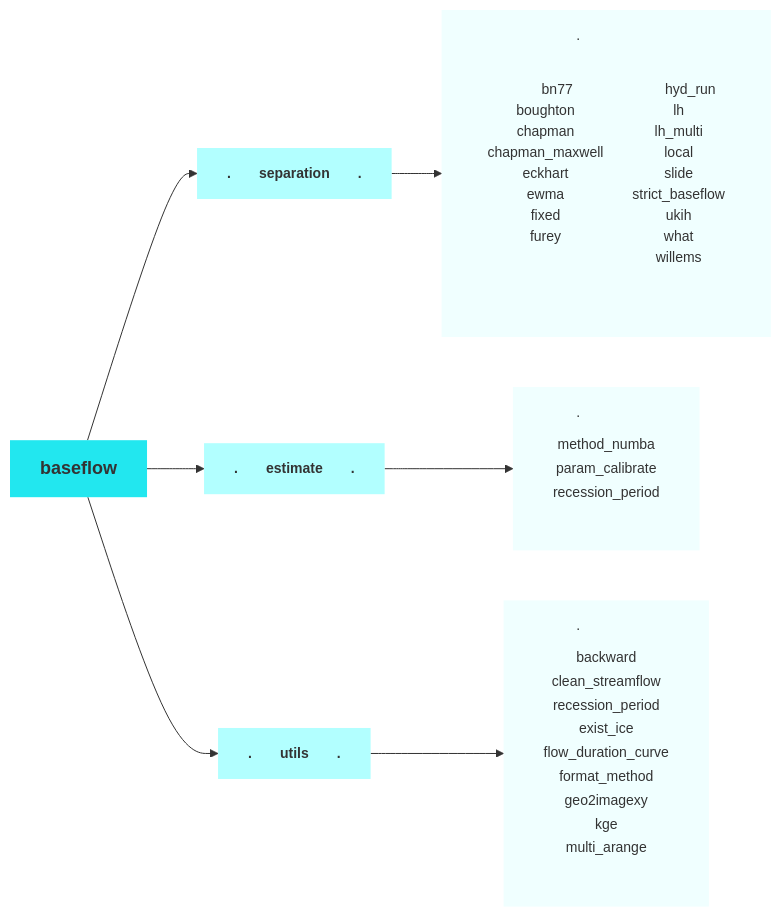
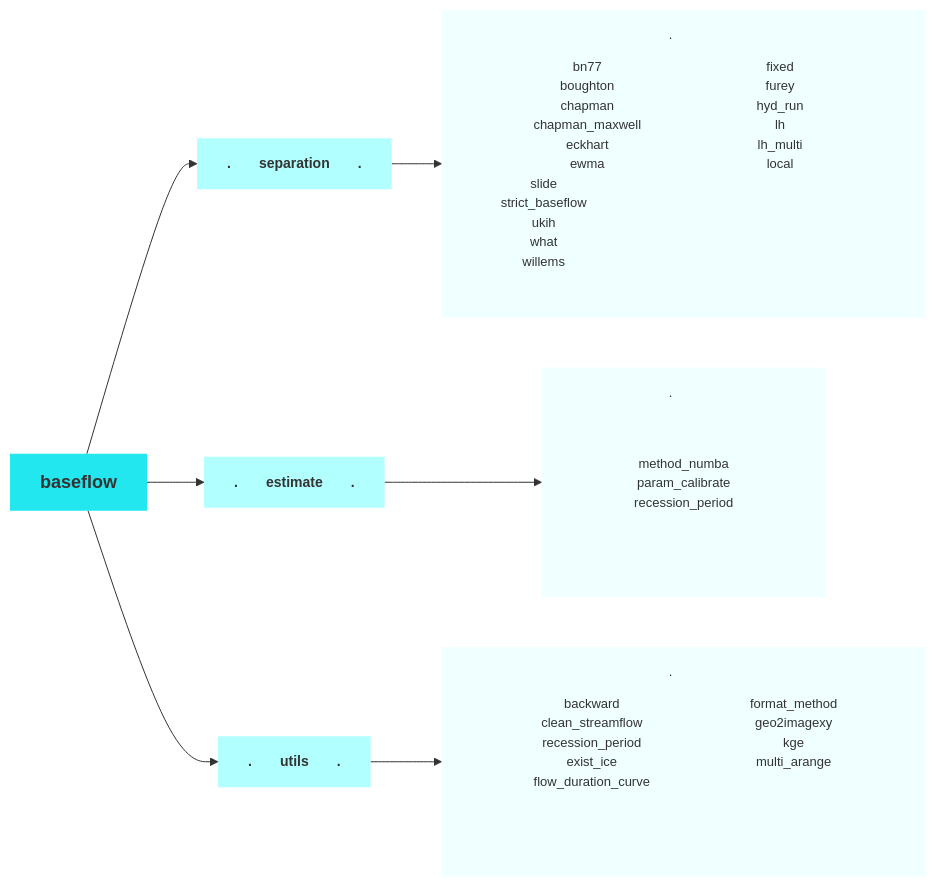
One commit to BYU-Hydroinformatics/baseflow changed the diagram in docs/index.md. Above: the diagram before and after it, drawn with Mermaid.

Commit message:
adjust font size in the diagram

````diff
--- a/docs/index.md
+++ b/docs/index.md
@@ -50,50 +50,50 @@
 ```mermaid
 %%{init: {
   'theme': 'base', 
   'themeVariables': { 
     'fontSize': '14px',
     'fontFamily': 'Arial'
   },
   'flowchart': {
-    'nodeSpacing': 20,
-    'rankSpacing': 35,
+    'nodeSpacing': 30,
+    'rankSpacing': 40,
     'curve': 'basis'
   }
   "flowchart": {"htmlLabels": true}
 }}%%
 graph LR
     %% Define styles
     classDef default fill:#22E7EF,stroke:#333,stroke-width:0px;
     classDef secondLevel fill:#B2FFFF,stroke:#333,stroke-width:0px,font-size:14px;
-    classDef thirdLevel fill:#F0FFFF,stroke:#333,stroke-width:0px,font-size:14px;
+    classDef thirdLevel fill:#F0FFFF,stroke:#333,stroke-width:0px,font-size:13px;
 
     A[baseflow]:::default
     B[.&emsp;&emsp;separation&emsp;&emsp;.]:::secondLevel
     C[.&emsp;&emsp;estimate&emsp;&emsp;.]:::secondLevel
     D[.&emsp;&emsp;utils&emsp;&emsp;.]:::secondLevel
 
     A --> B
     A --> C
     A --> D
 
-    B --> NewLines1[".&emsp;&emsp;&emsp;&emsp;<div style='line-height: 1.5; padding: 12px; display: flex;'>
-    <div style='margin-right: 25px;'>
-      bn77<br/>boughton<br/>chapman<br/>chapman_maxwell<br/>eckhart<br/>ewma<br/>fixed<br/>furey
-    </div>
-    <div>
-      hyd_run<br/>lh<br/>lh_multi<br/>local<br/>slide<br/>strict_baseflow<br/>ukih<br/>what<br/>willems
-    </div>
-    </div>&emsp;&emsp;&emsp;&emsp;"]:::thirdLevel
+    B --> NewLines1[".&emsp;&emsp;<div style='line-height: 1.5; padding: 12px; display: flex; flex-wrap: wrap; justify-content: space-between; width: 400px;'>
+    <div style='flex: 0 0 30%;'>bn77<br/>boughton<br/>chapman<br/>chapman_maxwell<br/>eckhart<br/>ewma</div>
+    <div style='flex: 0 0 30%;'>fixed<br/>furey<br/>hyd_run<br/>lh<br/>lh_multi<br/>local</div>
+    <div style='flex: 0 0 30%;'>slide<br/>strict_baseflow<br/>ukih<br/>what<br/>willems</div>
+    </div>&emsp;&emsp;"]:::thirdLevel
 
-    NewLines2[".&emsp;&emsp;&emsp;&emsp;<div style='line-height: 1.7; padding: 10px;'>method_numba<br/>param_calibrate<br/>recession_period</div>&emsp;&emsp;&emsp;&emsp;"]:::thirdLevel
-    C --> NewLines2
+    C --> NewLines2[".&emsp;&emsp;<div style='line-height: 1.5; padding: 12px; display: flex; flex-wrap: wrap; justify-content: space-between; width: 200px;'>
+    <div style='flex: 0 0 100%;'>method_numba<br/>param_calibrate<br/>recession_period</div>
+    </div>&emsp;&emsp;"]:::thirdLevel
     
-    NewLines3[".&emsp;&emsp;&emsp;&emsp;<div style='line-height: 1.7; padding: 10px;'>backward<br/>clean_streamflow<br/>recession_period<br/>exist_ice<br/>flow_duration_curve<br/>format_method<br/>geo2imagexy<br/>kge<br/>multi_arange</div>&emsp;&emsp;&emsp;&emsp;"]:::thirdLevel
-    D --> NewLines3
+    D --> NewLines3[".&emsp;&emsp;<div style='line-height: 1.5; padding: 12px; display: flex; flex-wrap: wrap; justify-content: space-between; width: 400px;'>
+    <div style='flex: 0 0 45%;'>backward<br/>clean_streamflow<br/>recession_period<br/>exist_ice<br/>flow_duration_curve</div>
+    <div style='flex: 0 0 45%;'>format_method<br/>geo2imagexy<br/>kge<br/>multi_arange</div>
+    </div>&emsp;&emsp;"]:::thirdLevel
 
     %% Custom styles for specific nodes
     style A font-size:18px,font-weight:bold,mainBkg:#005f73
     style B font-weight:bold
     style C font-weight:bold
     style D font-weight:bold
 ```
````
